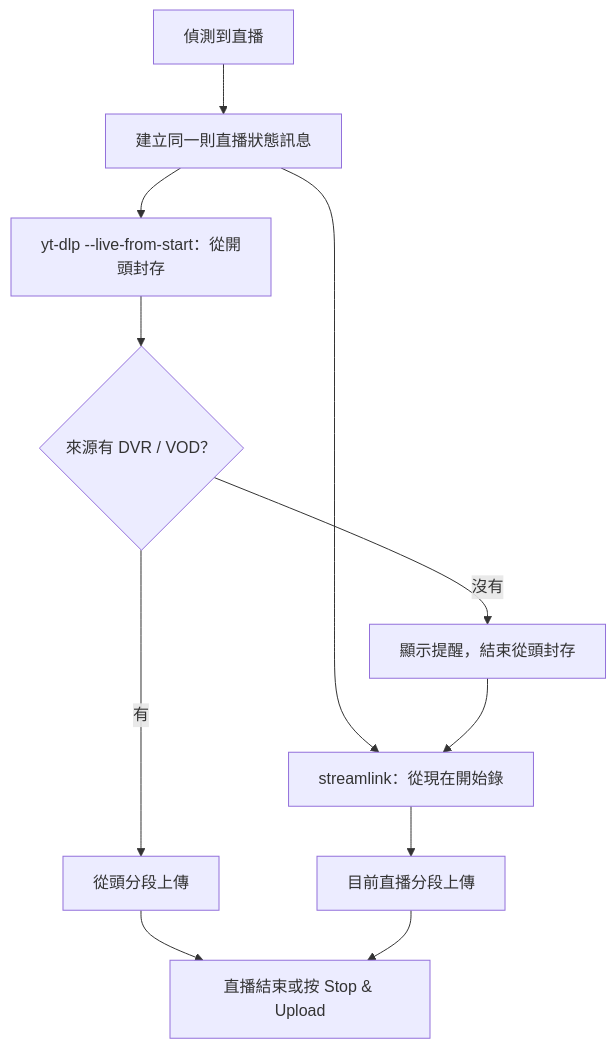
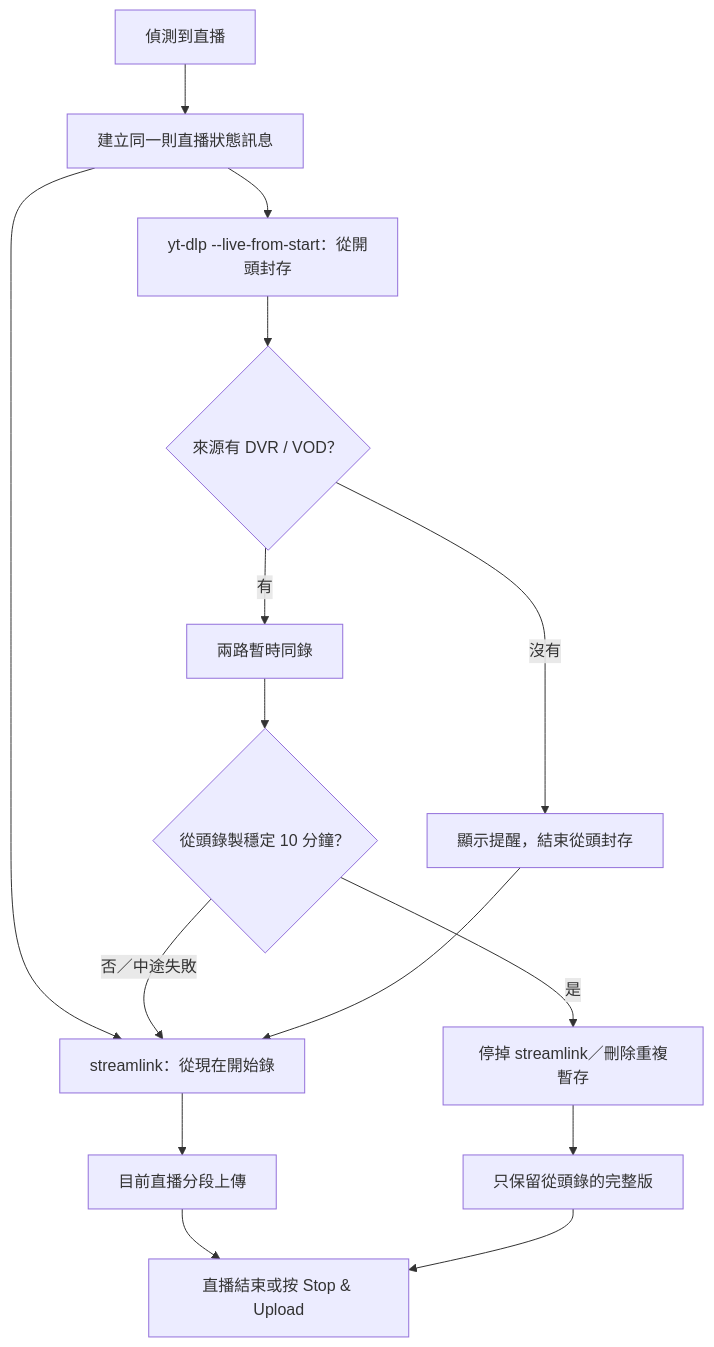
One commit to TreeHD/YTDL changed the second of 2 diagrams in README.md. Above: the diagram before and after it, drawn with Mermaid. The commit also changed other lines of this file and 2 other files, not shown here.

Commit message:
feat: Improve live stream recording logic with stability checks and cleanup

````diff
--- a/README.md
+++ b/README.md
@@ -78,13 +78,17 @@
 ```mermaid
 flowchart TD
     L[偵測到直播] --> A[建立同一則直播狀態訊息]
     A --> N[streamlink：從現在開始錄]
     A --> B[yt-dlp --live-from-start：從開頭封存]
     B --> C{來源有 DVR / VOD？}
-    C -->|有| D[從頭分段上傳]
+    C -->|有| D[兩路暫時同錄]
+    D --> J{從頭錄製穩定 10 分鐘？}
+    J -->|是| K[停掉 streamlink／刪除重複暫存]
+    K --> G[只保留從頭錄的完整版]
+    J -->|否／中途失敗| N
     C -->|沒有| E[顯示提醒，結束從頭封存]
     E --> N
     N --> F[目前直播分段上傳]
-    D --> G[直播結束或按 Stop & Upload]
-    F --> G
+    F --> H[直播結束或按 Stop & Upload]
+    G --> H
 ```
````
